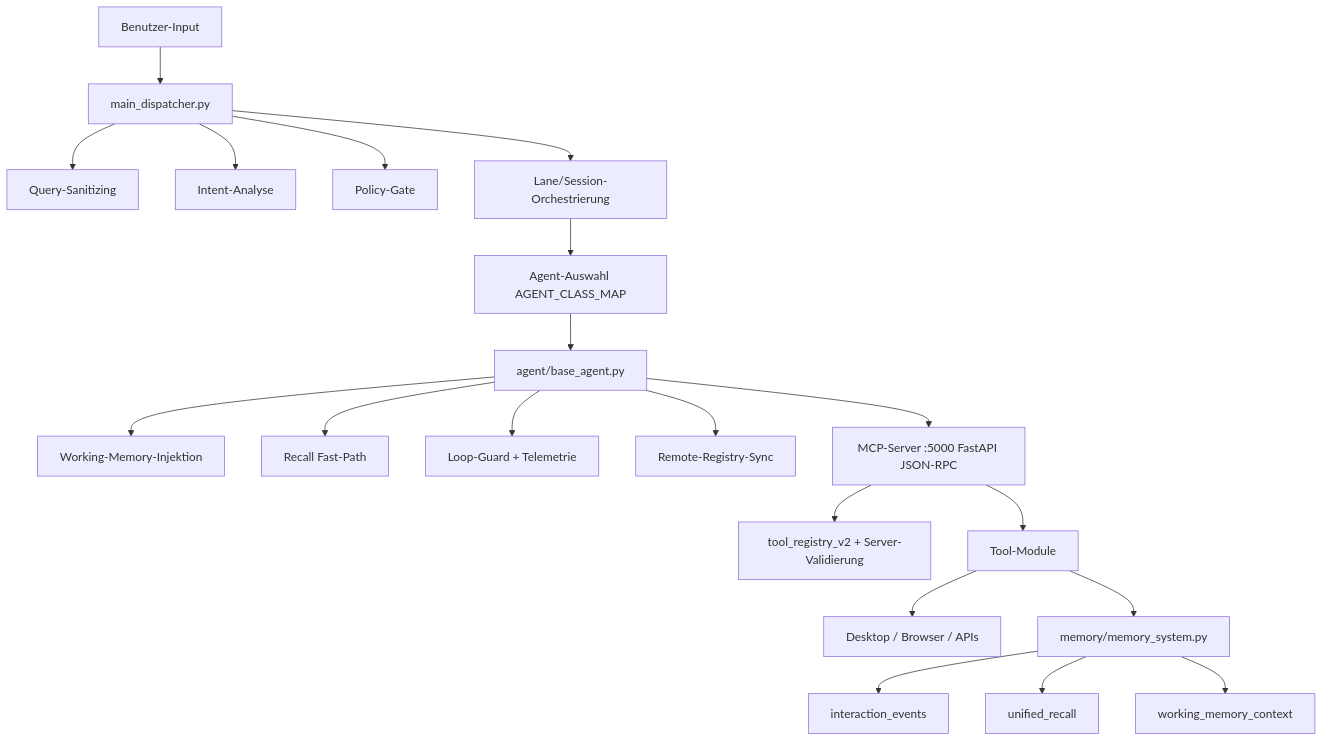
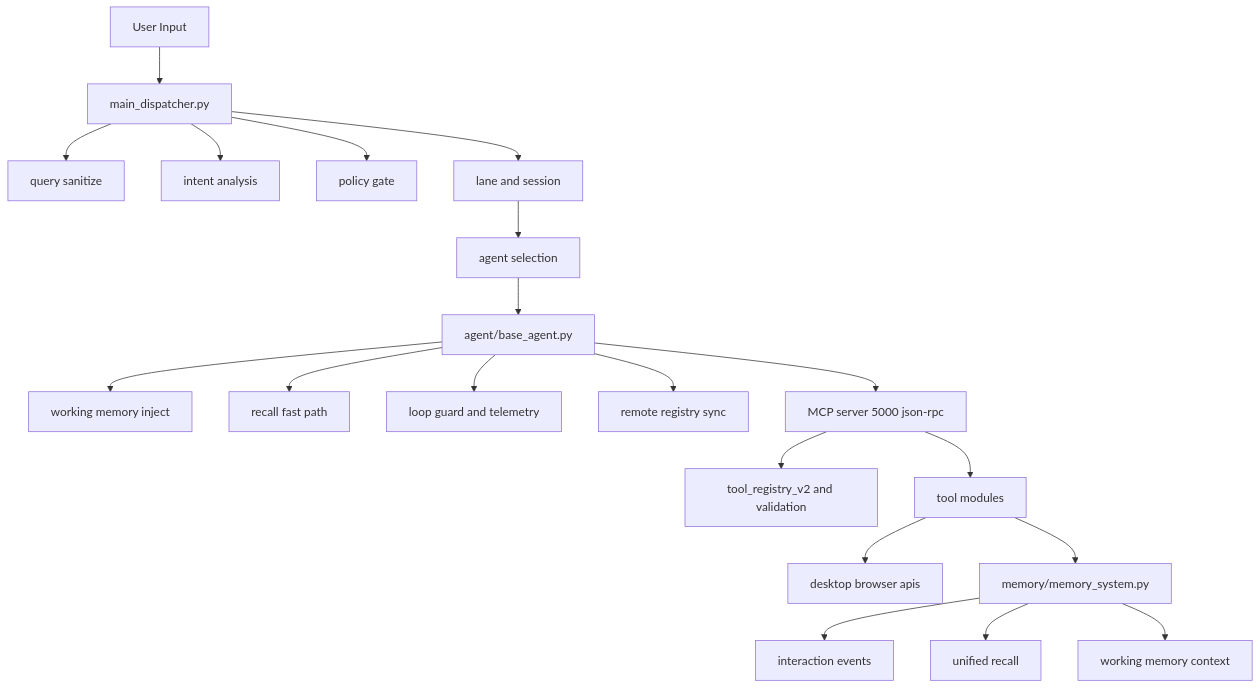
The diagram in README.md (fatihaltiok/Agentus-Timus), drawn with Mermaid before and after one commit.

Commit message:
docs(readme): simplify mermaid architecture diagram for github rendering

````diff
--- a/README.md
+++ b/README.md
@@ -100,24 +100,24 @@
 ```mermaid
 flowchart TD
-    U[Benutzer-Input] --> D[main_dispatcher.py]
-    D --> DS[Query-Sanitizing]
-    D --> DI[Intent-Analyse]
-    D --> DP[Policy-Gate]
-    D --> DL[Lane/Session-Orchestrierung]
-    DL --> A[Agent-Auswahl AGENT_CLASS_MAP]
+    U["User Input"] --> D["main_dispatcher.py"]
+    D --> DS["query sanitize"]
+    D --> DI["intent analysis"]
+    D --> DP["policy gate"]
+    D --> DL["lane and session"]
+    DL --> A["agent selection"]
 
-    A --> B[agent/base_agent.py]
-    B --> BW[Working-Memory-Injektion]
-    B --> BR[Recall Fast-Path]
-    B --> BT[Loop-Guard + Telemetrie]
-    B --> BRG[Remote-Registry-Sync]
+    A --> B["agent/base_agent.py"]
+    B --> BW["working memory inject"]
+    B --> BR["recall fast path"]
+    B --> BT["loop guard and telemetry"]
+    B --> BRG["remote registry sync"]
 
-    B --> M[MCP-Server :5000 FastAPI JSON-RPC]
-    M --> TR[tool_registry_v2 + Server-Validierung]
-    M --> T[Tool-Module]
-    T --> E[Desktop / Browser / APIs]
-    T --> MM[memory/memory_system.py]
-    MM --> IE[interaction_events]
-    MM --> UR[unified_recall]
-    MM --> WM[working_memory_context]
+    B --> M["MCP server 5000 json-rpc"]
+    M --> TR["tool_registry_v2 and validation"]
+    M --> T["tool modules"]
+    T --> E["desktop browser apis"]
+    T --> MM["memory/memory_system.py"]
+    MM --> IE["interaction events"]
+    MM --> UR["unified recall"]
+    MM --> WM["working memory context"]
 ```
````
